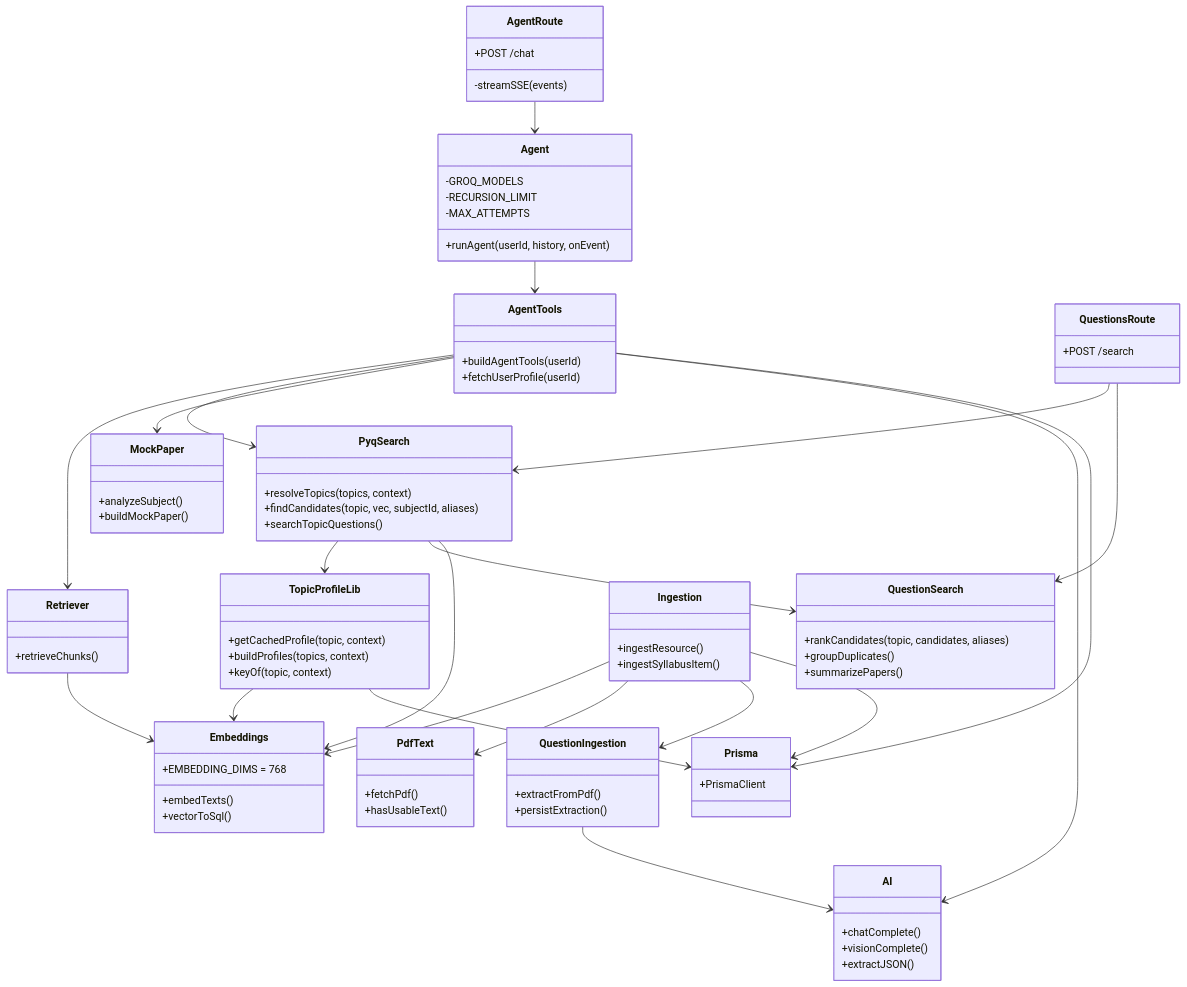
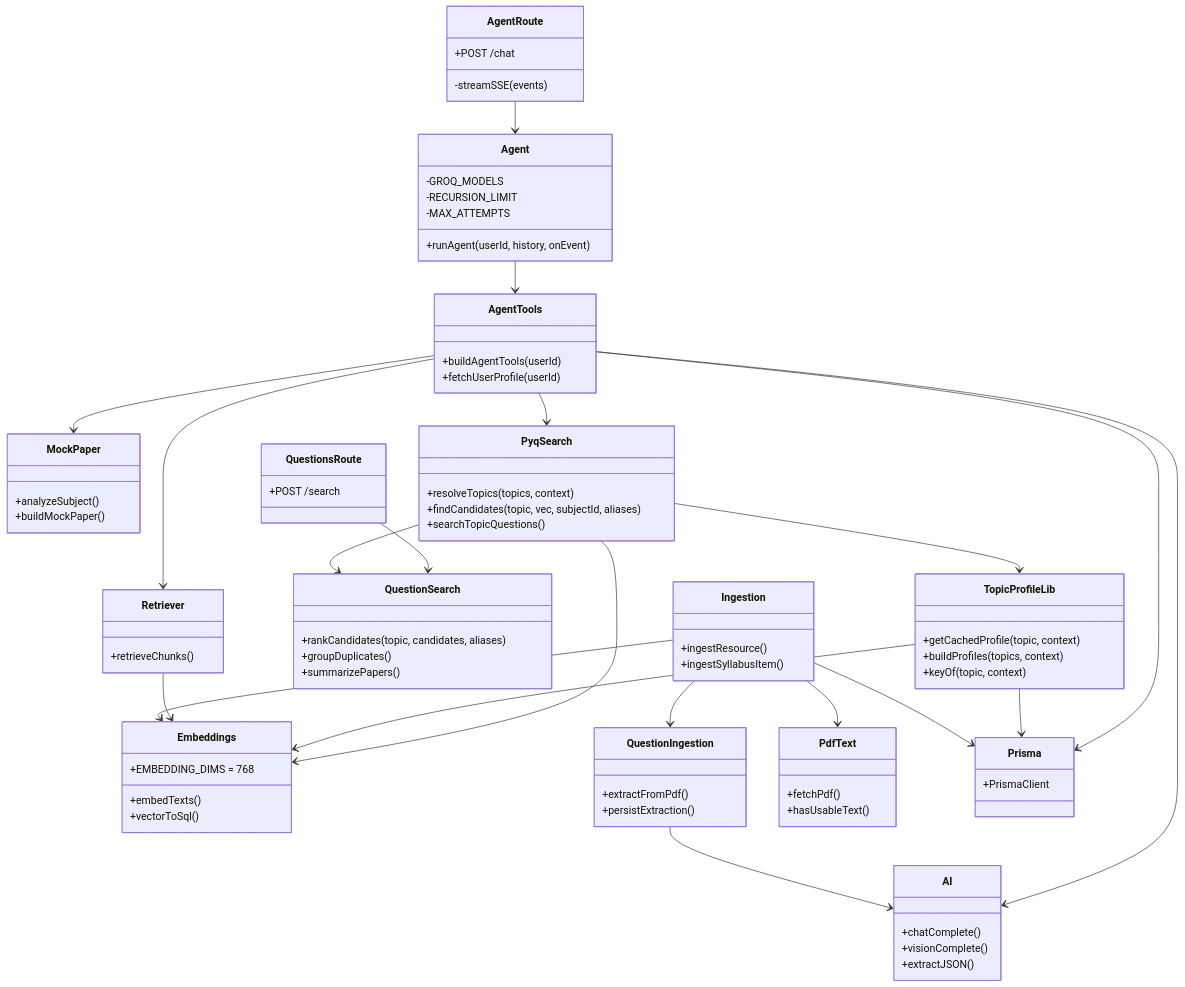
One commit to nemida/CampusBrain changed diagram 13 of 13 in README.md. Above: the diagram before and after it, drawn with Mermaid. The commit also changed other lines of this file and 8 other files, not shown here.

```diff
--- a/README.md
+++ b/README.md
@@ -769,7 +773,6 @@
     AgentTools --> MockPaper
     AgentTools --> AI
     AgentTools --> Prisma
-    QuestionsRoute --> PyqSearch
     QuestionsRoute --> QuestionSearch
     PyqSearch --> TopicProfileLib
     PyqSearch --> QuestionSearch
```
